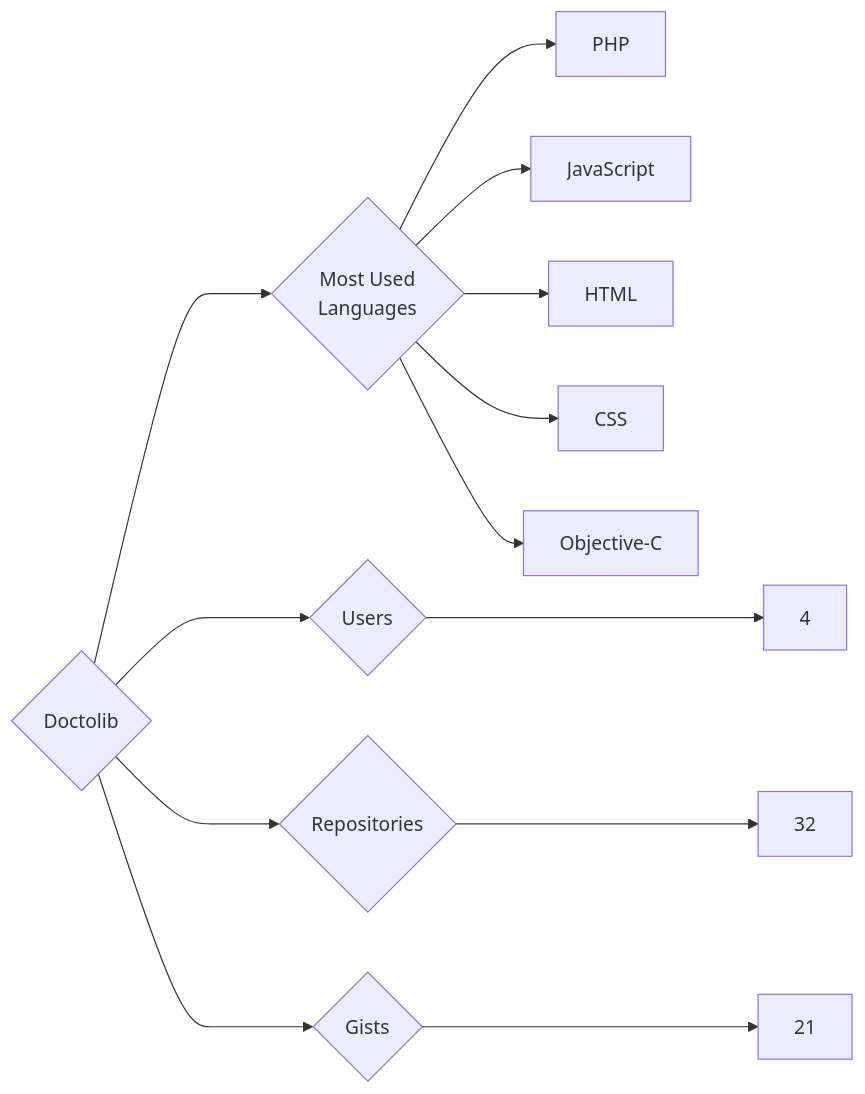
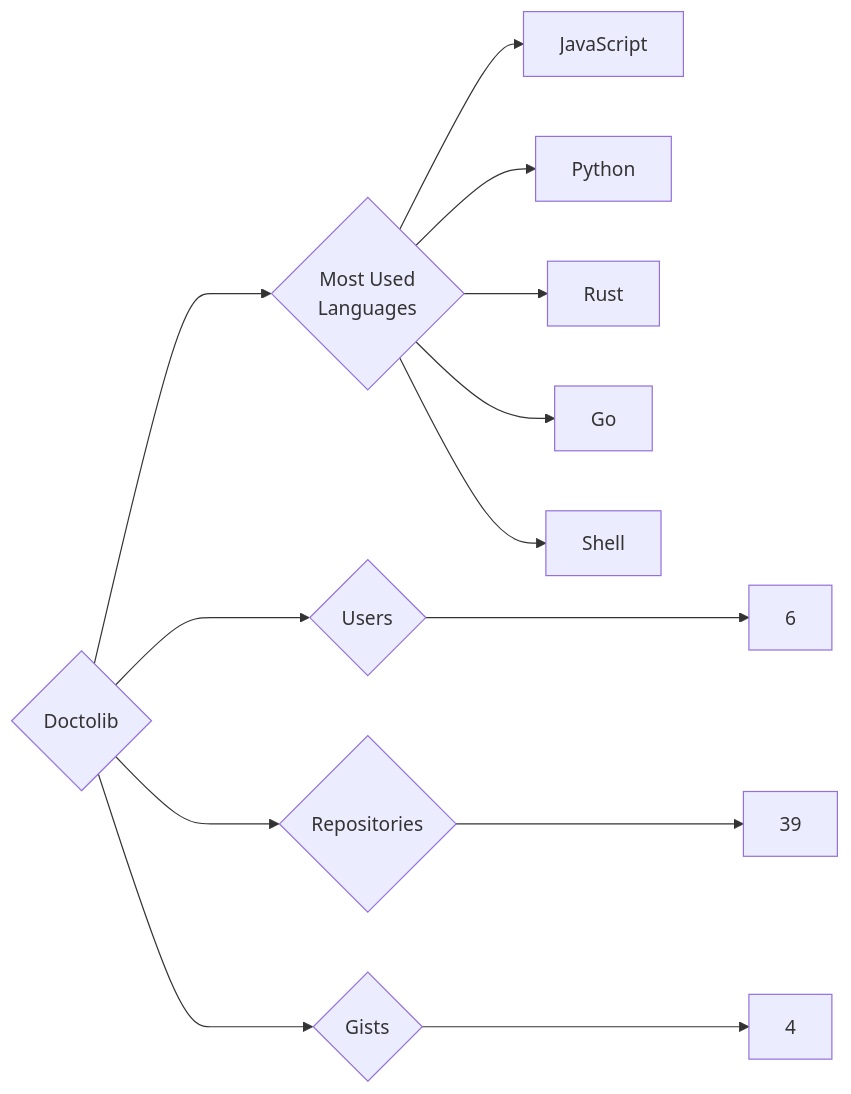
Before and after one commit to trickest/insiders: the diagram in targets/Doctolib/README.md, drawn with Mermaid. The commit also changed 1123 other files, not shown here.

````diff
--- a/targets/Doctolib/README.md
+++ b/targets/Doctolib/README.md
@@ -3,13 +3,13 @@
 ```mermaid
 graph LR
 COMPANY_NAME{Doctolib}
-COMPANY_NAME ---> U{Users} ---> UN[4]
-COMPANY_NAME ---> R{Repositories} ---> RN[32]
-COMPANY_NAME ---> G{Gists} ---> GN[21]
+COMPANY_NAME ---> U{Users} ---> UN[6]
+COMPANY_NAME ---> R{Repositories} ---> RN[39]
+COMPANY_NAME ---> G{Gists} ---> GN[4]
 COMPANY_NAME ---> ML{Most Used<br>Languages}
-ML --> PHP[PHP]
 ML --> JavaScript[JavaScript]
-ML --> HTML[HTML]
-ML --> CSS[CSS]
-ML --> Objective-C[Objective-C]
+ML --> Python[Python]
+ML --> Rust[Rust]
+ML --> Go[Go]
+ML --> Shell[Shell]
 ```
````
